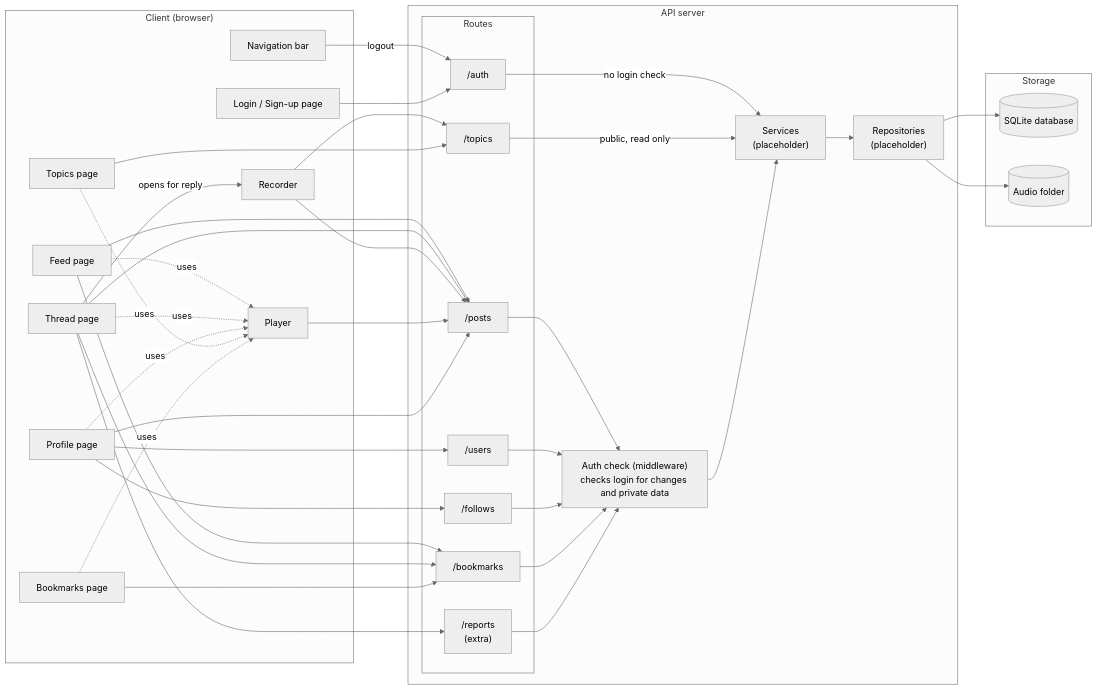
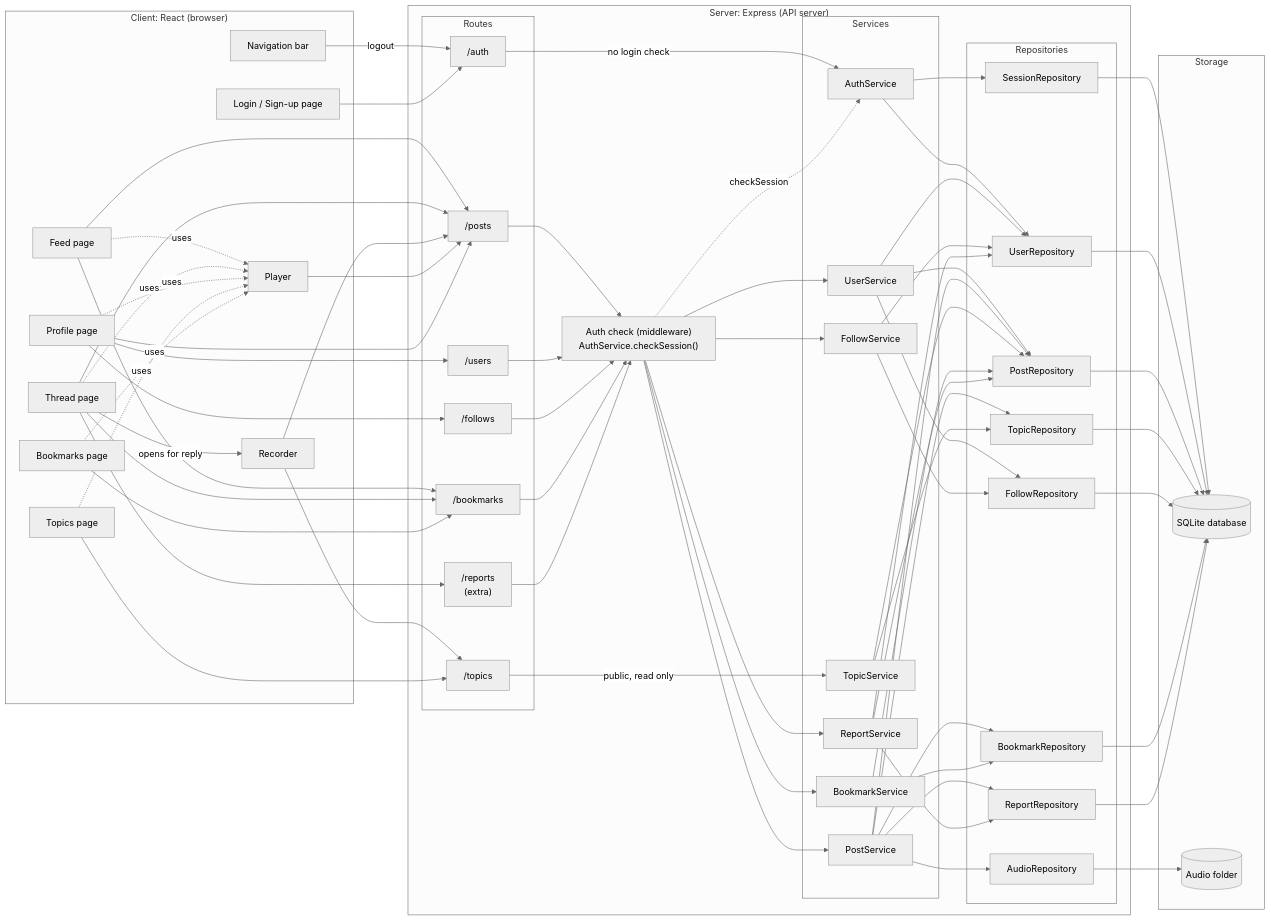
One commit to alafwaj/VoiceThread changed the diagram in docs/uml/component.md. Above: the diagram before and after it, drawn with Mermaid (neutral theme). The commit also changed other lines of this file and 1 other file, not shown here.

Commit message:
docs(uml): replace component diagram placeholders with class names

````diff
--- a/docs/uml/component.md
+++ b/docs/uml/component.md
@@ -34,6 +50,6 @@
 ```mermaid
 flowchart LR
-    subgraph Client["Client (browser)"]
+    subgraph Client["Client: React (browser)"]
         Nav["Navigation bar"]
         Login["Login / Sign-up page"]
         Feed["Feed page"]
@@ -45,7 +61,7 @@
         Player["Player"]
     end
 
-    subgraph Server["API server"]
+    subgraph Server["Server: Express (API server)"]
         subgraph Routes["Routes"]
             AuthR["/auth"]
             PostsR["/posts"]
@@ -55,9 +71,26 @@
             BookmarksR["/bookmarks"]
             ReportsR["/reports<br/>(extra)"]
         end
-        MW["Auth check (middleware)<br/>checks login for changes and private data"]
-        Services["Services<br/>(placeholder)"]
-        Repos["Repositories<br/>(placeholder)"]
+        MW["Auth check (middleware)<br/>AuthService.checkSession()"]
+        subgraph Services["Services"]
+            AuthS["AuthService"]
+            UserS["UserService"]
+            PostS["PostService"]
+            TopicS["TopicService"]
+            FollowS["FollowService"]
+            BookmarkS["BookmarkService"]
+            ReportS["ReportService"]
+        end
+        subgraph Repositories["Repositories"]
+            SessionRepo["SessionRepository"]
+            UserRepo["UserRepository"]
+            PostRepo["PostRepository"]
+            TopicRepo["TopicRepository"]
+            FollowRepo["FollowRepository"]
+            BookmarkRepo["BookmarkRepository"]
+            ReportRepo["ReportRepository"]
+            AudioRepo["AudioRepository"]
+        end
     end
 
     subgraph Storage["Storage"]
@@ -88,16 +121,47 @@
     TopicsPage -.->|uses| Player
     BookmarksPage -.->|uses| Player
 
-    AuthR -->|no login check| Services
-    TopicsR -->|public, read only| Services
+    AuthR -->|no login check| AuthS
+    TopicsR -->|public, read only| TopicS
     PostsR --> MW
     UsersR --> MW
     FollowsR --> MW
     BookmarksR --> MW
     ReportsR --> MW
 
-    MW --> Services
-    Services --> Repos
-    Repos --> DB
-    Repos --> Audio
+    MW -.->|checkSession| AuthS
+    MW --> UserS
+    MW --> PostS
+    MW --> FollowS
+    MW --> BookmarkS
+    MW --> ReportS
+
+    AuthS --> SessionRepo
+    AuthS --> UserRepo
+    UserS --> UserRepo
+    UserS --> FollowRepo
+    UserS --> PostRepo
+    PostS --> PostRepo
+    PostS --> AudioRepo
+    PostS --> TopicRepo
+    PostS --> BookmarkRepo
+    PostS --> ReportRepo
+    TopicS --> TopicRepo
+    TopicS --> PostRepo
+    FollowS --> FollowRepo
+    FollowS --> UserRepo
+    BookmarkS --> BookmarkRepo
+    BookmarkS --> PostRepo
+    ReportS --> ReportRepo
+    ReportS --> PostRepo
+    ReportS --> UserRepo
+
+    SessionRepo --> DB
+    UserRepo --> DB
+    PostRepo --> DB
+    TopicRepo --> DB
+    FollowRepo --> DB
+    BookmarkRepo --> DB
+    ReportRepo --> DB
+    AudioRepo --> Audio
 ```
````
